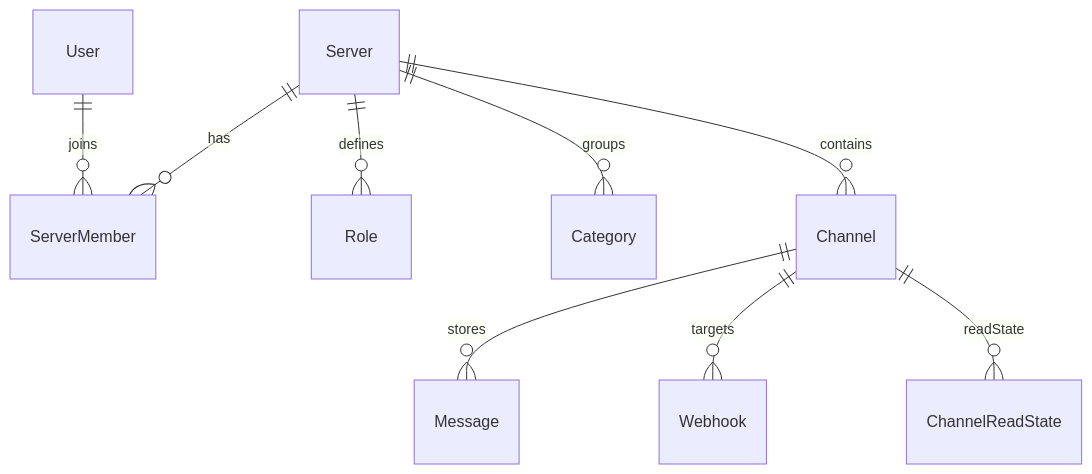
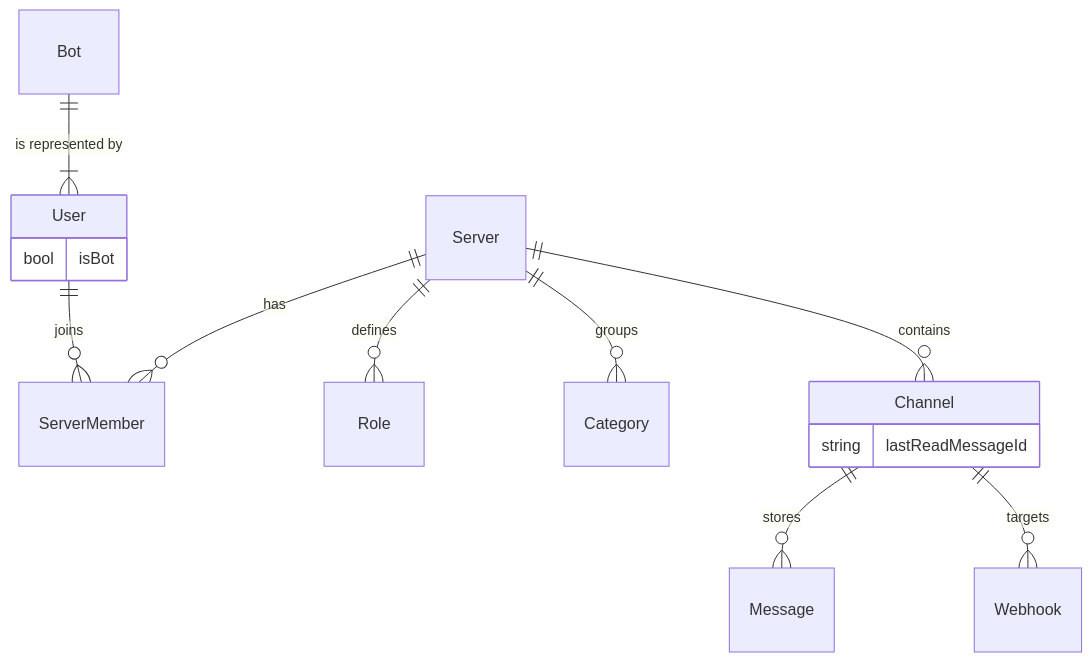
Before and after one commit to U1805/mew: the second of 2 diagrams in website/docs/platform/platform-design.md, drawn with Mermaid. The commit also changed other lines of this file and 20 other files, not shown here.

````diff
--- a/website/docs/platform/platform-design.md
+++ b/website/docs/platform/platform-design.md
@@ -45,11 +60,13 @@
 ```mermaid
 erDiagram
   User ||--o{ ServerMember : joins
+  User { bool isBot }
+  Bot ||--|{ User : "is represented by"
   Server ||--o{ ServerMember : has
   Server ||--o{ Role : defines
   Server ||--o{ Category : groups
   Server ||--o{ Channel : contains
   Channel ||--o{ Message : stores
   Channel ||--o{ Webhook : targets
-  Channel ||--o{ ChannelReadState : readState
+  Channel { string lastReadMessageId }
 ```
````
